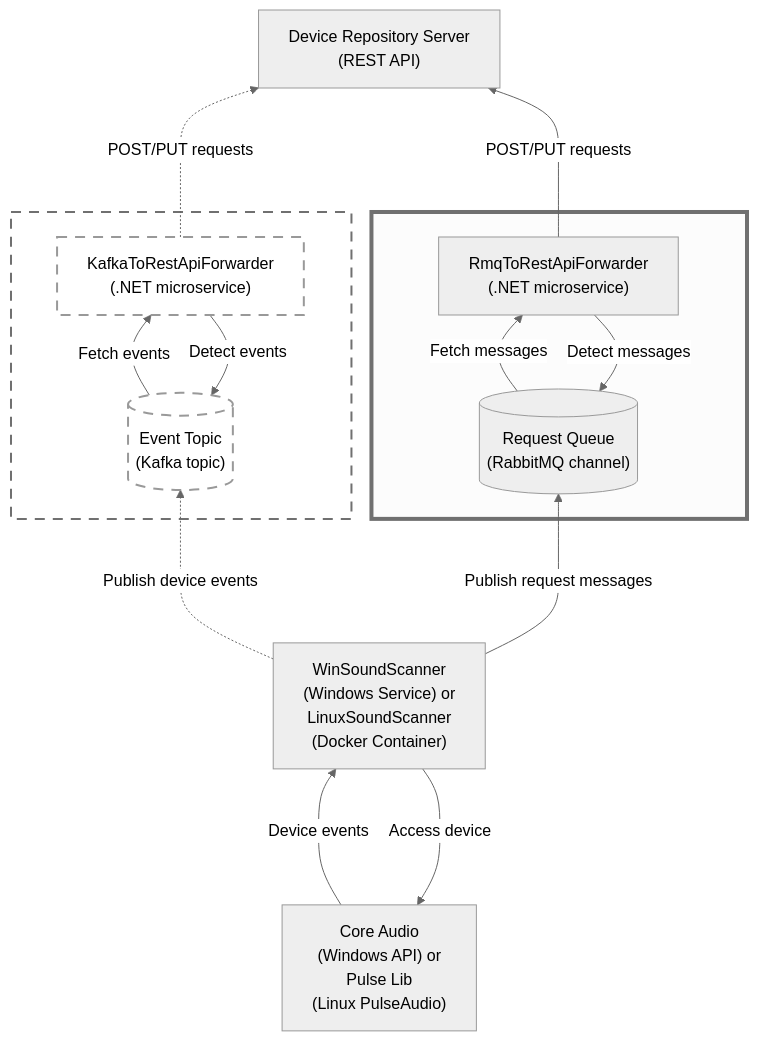
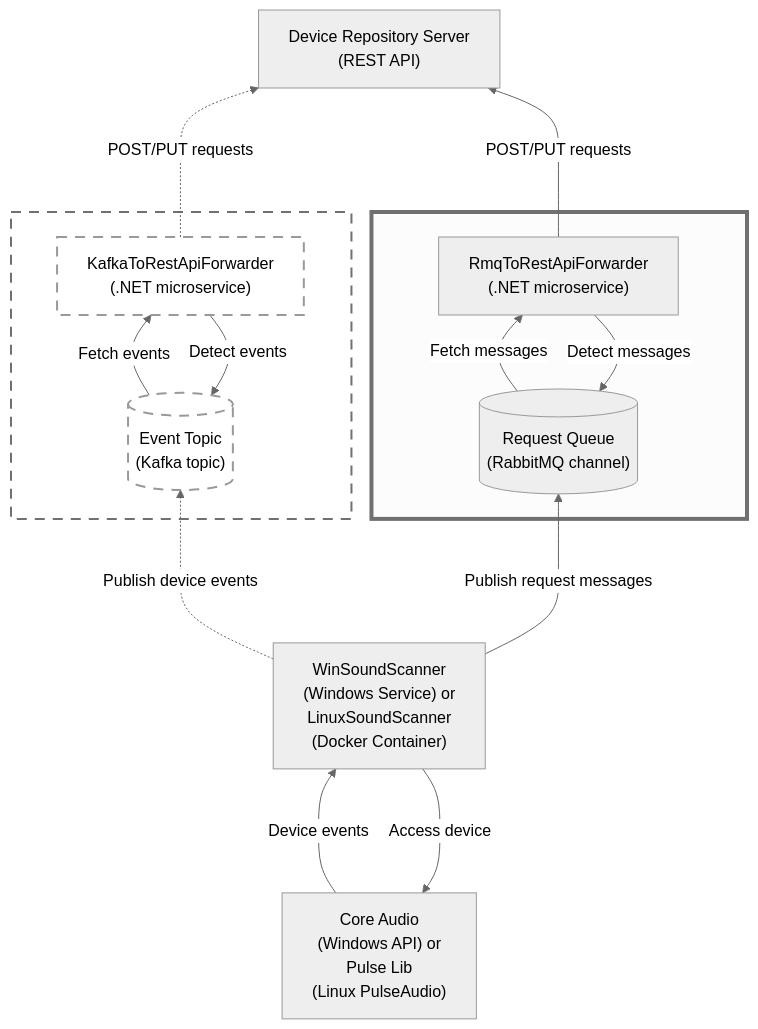
One commit to collect-sound-devices/rmq-to-rest-api-forwarder changed the first of 2 diagrams in README.md. Above: the diagram before and after it, drawn with Mermaid (neutral theme). The commit also changed other lines of this file, not shown here.

Commit message:
diagrams corrected

````diff
--- a/README.md
+++ b/README.md
@@ -15,43 +13,61 @@
 ```mermaid
 flowchart BT
 
     classDef dottedBox fill:transparent, fill-opacity:0.55, stroke-dasharray:10 8, stroke-width:2px;
     classDef stressedBox fill:#f0f0f0,fill-opacity:0.2,stroke-width:4px;
     classDef invisibleNode fill:transparent, stroke:transparent;
 
-    coreAudioApi["Core Audio<br>(Windows API) or<br>Pulse Lib<br>(Linux PulseAudio)"]
+    coreAudioApi["Core Audio
+    (Windows API) or
+    Pulse Lib
+    (Linux PulseAudio)"]
 
     class invisible1 invisibleNode
-    winSoundScannerService["WinSoundScanner<br>(Windows Service) or<br>LinuxSoundScanner<br>(Docker Container)"]
-    invisible2["<br><br><br><br><br>"]
+    winSoundScannerService["WinSoundScanner
+    (Windows Service) or
+    LinuxSoundScanner
+    (Docker Container)"]
+    invisible2["
+    
+    
+    
+    
+    "]
     class invisible2 invisibleNode
 
-    subgraph eventTopicKafkaMicroservice["<br>"]
-        eventTopic[("Event Topic<br>(Kafka topic)")]
+    subgraph eventTopicKafkaMicroservice["
+    "]
+        eventTopic[("Event Topic
+        (Kafka topic)")]
         class eventTopic dottedBox
-        kafkaRestForwarder["KafkaToRestApiForwarder<br>(.NET microservice)"]
+        kafkaRestForwarder["KafkaToRestApiForwarder
+        (.NET microservice)"]
         class kafkaRestForwarder dottedBox
     end
     class eventTopicKafkaMicroservice dottedBox
 
-    subgraph requestQueueRabbitMqMicroservice["<br>"]
-        requestQueue[("Request Queue<br>(RabbitMQ channel)")]
-        rabbitMqRestForwarder["RmqToRestApiForwarder<br>(.NET microservice)"]
+    subgraph requestQueueRabbitMqMicroservice["
+    "]
+        requestQueue[("Request Queue
+        (RabbitMQ channel)")]
+        rabbitMqRestForwarder["RmqToRestApiForwarder
+        (.NET microservice)"]
     end
     class requestQueueRabbitMqMicroservice stressedBox
 
-    deviceRepositoryApi["Device Repository Server<br>(REST API)"]
+    deviceRepositoryApi["Device Repository Server
+    (REST API)"]
 
     winSoundScannerService --> |Access device| coreAudioApi
     coreAudioApi --->|Device events| winSoundScannerService
 
     winSoundScannerService -..-> |Publish device events| eventTopic
     winSoundScannerService --->|Publish request messages| requestQueue
 
     eventTopic -->|Fetch events| kafkaRestForwarder
     kafkaRestForwarder --> |Detect events| eventTopic
     kafkaRestForwarder -..->|POST/PUT requests| deviceRepositoryApi
     requestQueue -->|Fetch messages| rabbitMqRestForwarder
     rabbitMqRestForwarder --> |Detect messages| requestQueue
     rabbitMqRestForwarder --->|POST/PUT requests| deviceRepositoryApi
 ```
````
